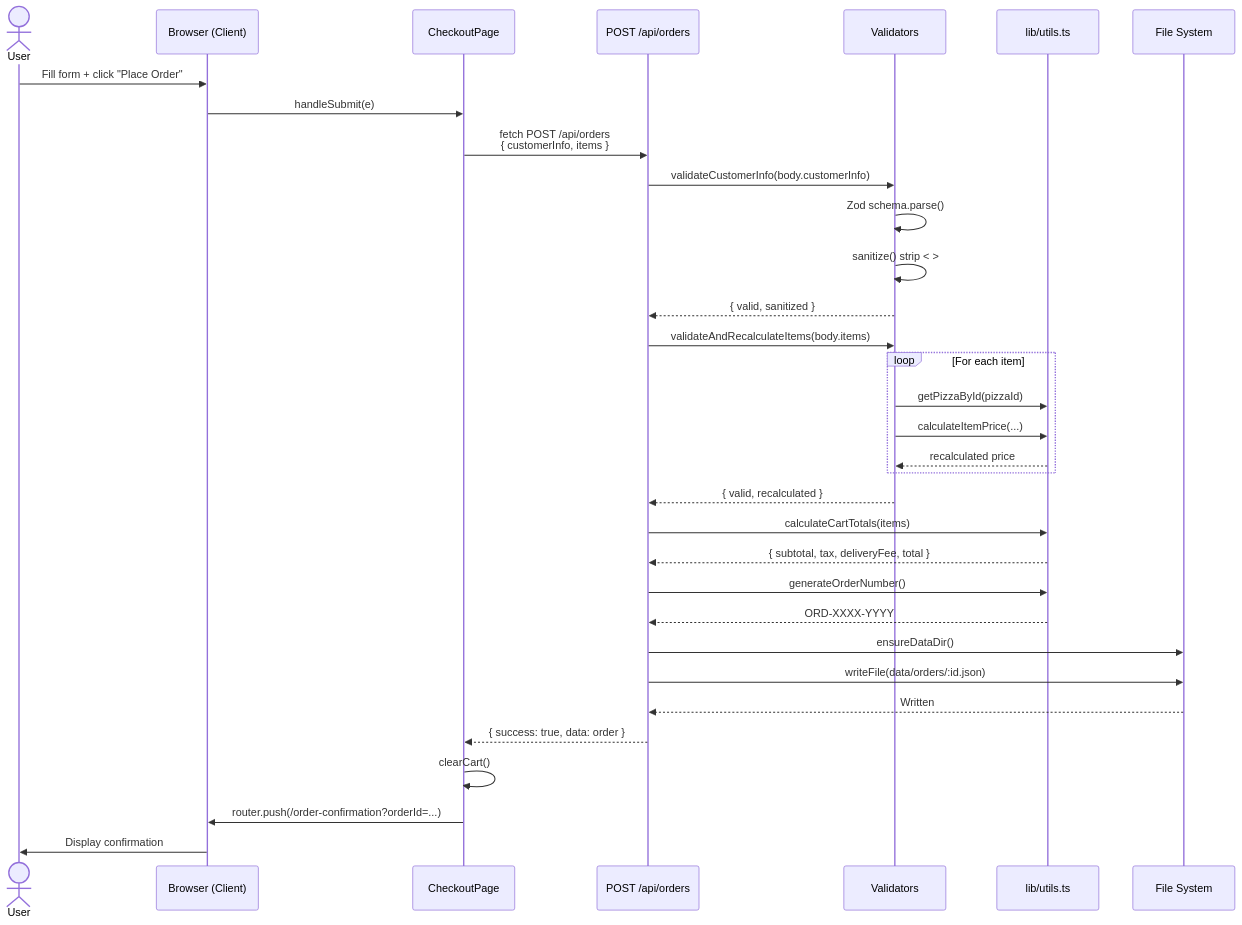
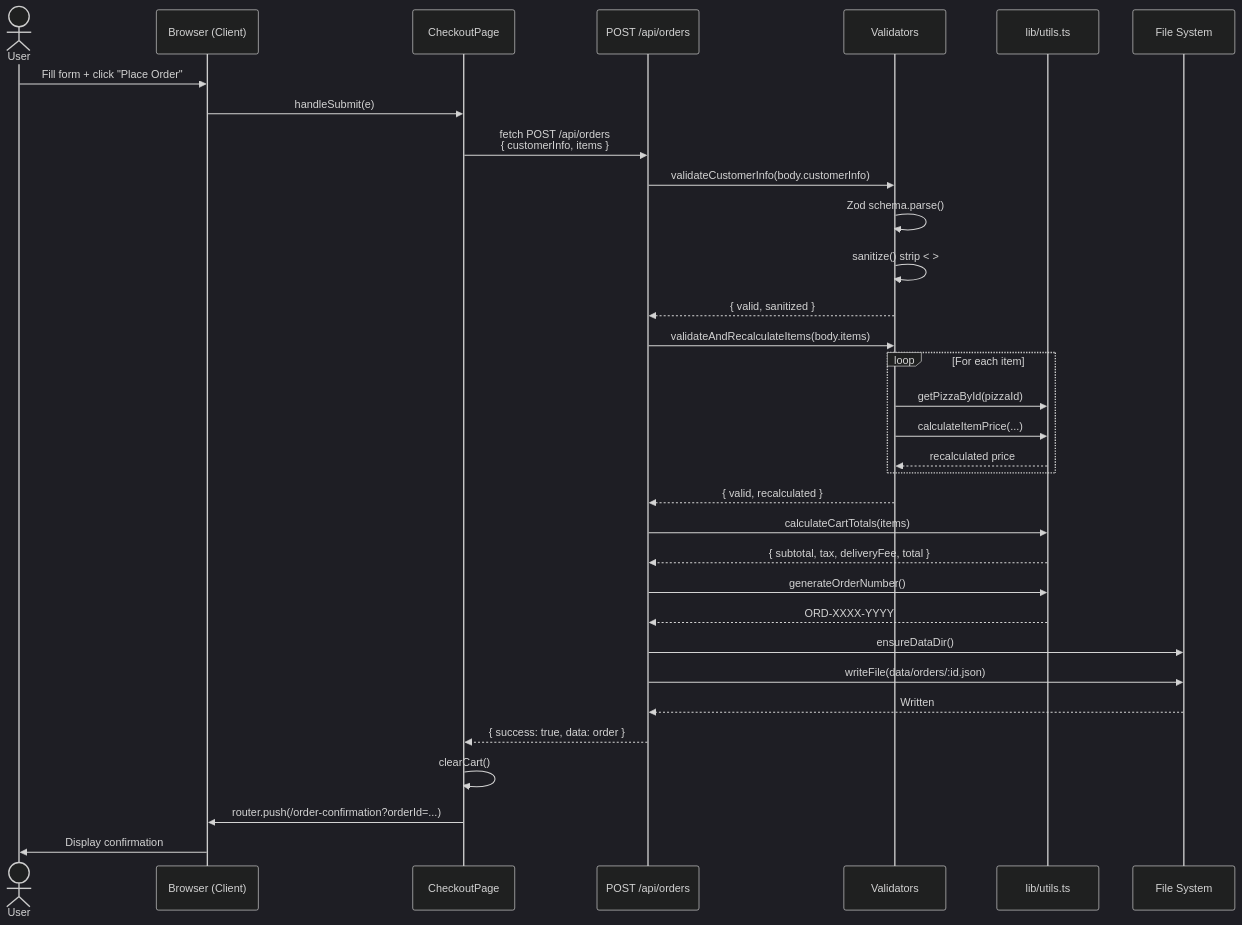
Before and after one commit to aj-enns/pizza-app-demo: the second of 2 diagrams in docs/order-flow.md, drawn with Mermaid. The commit also changed other lines of this file and 28 other files, not shown here.

````diff
--- a/docs/order-flow.md
+++ b/docs/order-flow.md
@@ -67,42 +68,43 @@
 ```mermaid
+%%{init: {'theme': 'dark', 'themeVariables': {'lineColor': '#cbd5e1'}}}%%
 sequenceDiagram
     actor User
     participant Browser as Browser (Client)
     participant Checkout as CheckoutPage
     participant API as POST /api/orders
     participant Validator as Validators
     participant Utils as lib/utils.ts
     participant FS as File System
 
     User->>Browser: Fill form + click "Place Order"
     Browser->>Checkout: handleSubmit(e)
     Checkout->>API: fetch POST /api/orders<br/>{ customerInfo, items }
     
     API->>Validator: validateCustomerInfo(body.customerInfo)
     Validator->>Validator: Zod schema.parse()
     Validator->>Validator: sanitize() strip < >
     Validator-->>API: { valid, sanitized }
     
     API->>Validator: validateAndRecalculateItems(body.items)
     loop For each item
         Validator->>Utils: getPizzaById(pizzaId)
         Validator->>Utils: calculateItemPrice(...)
         Utils-->>Validator: recalculated price
     end
     Validator-->>API: { valid, recalculated }
     
     API->>Utils: calculateCartTotals(items)
     Utils-->>API: { subtotal, tax, deliveryFee, total }
     
     API->>Utils: generateOrderNumber()
     Utils-->>API: ORD-XXXX-YYYY
     
     API->>FS: ensureDataDir()
     API->>FS: writeFile(data/orders/:id.json)
     FS-->>API: Written
     
     API-->>Checkout: { success: true, data: order }
     Checkout->>Checkout: clearCart()
     Checkout->>Browser: router.push(/order-confirmation?orderId=...)
     Browser->>User: Display confirmation
 ```
````
